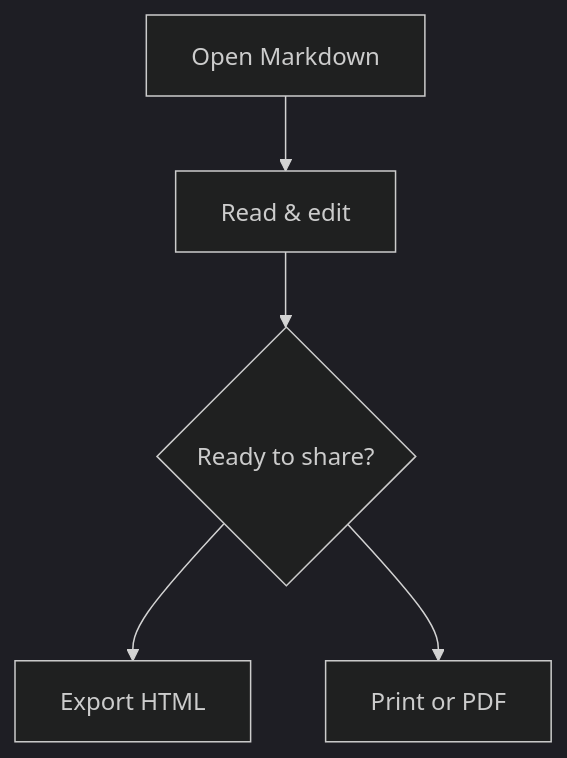
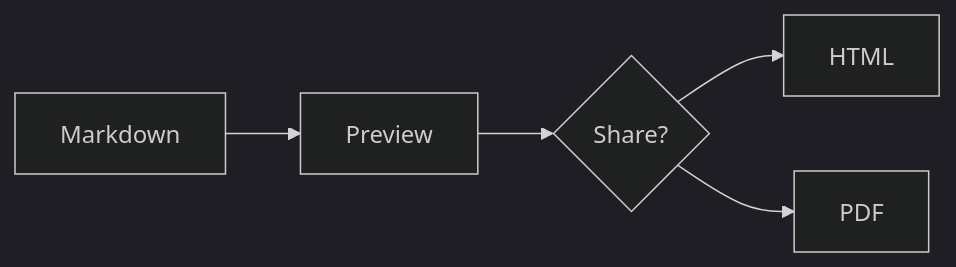
One commit to solosenkov/karmdown changed the diagram in examples/diagrams.md. Above: the diagram before and after it, drawn with Mermaid (dark theme). The commit also changed 9 other files, not shown here.

````diff
--- a/examples/diagrams.md
+++ b/examples/diagrams.md
@@ -7,7 +7,7 @@
 ```mermaid
-flowchart TD
-    A[Open Markdown] --> B[Read & edit]
-    B --> C{Ready to share?}
-    C --> D[Export HTML]
-    C --> E[Print or PDF]
+flowchart LR
+    A[Markdown] --> B[Preview]
+    B --> C{Share?}
+    C --> D[HTML]
+    C --> E[PDF]
 ```
````
